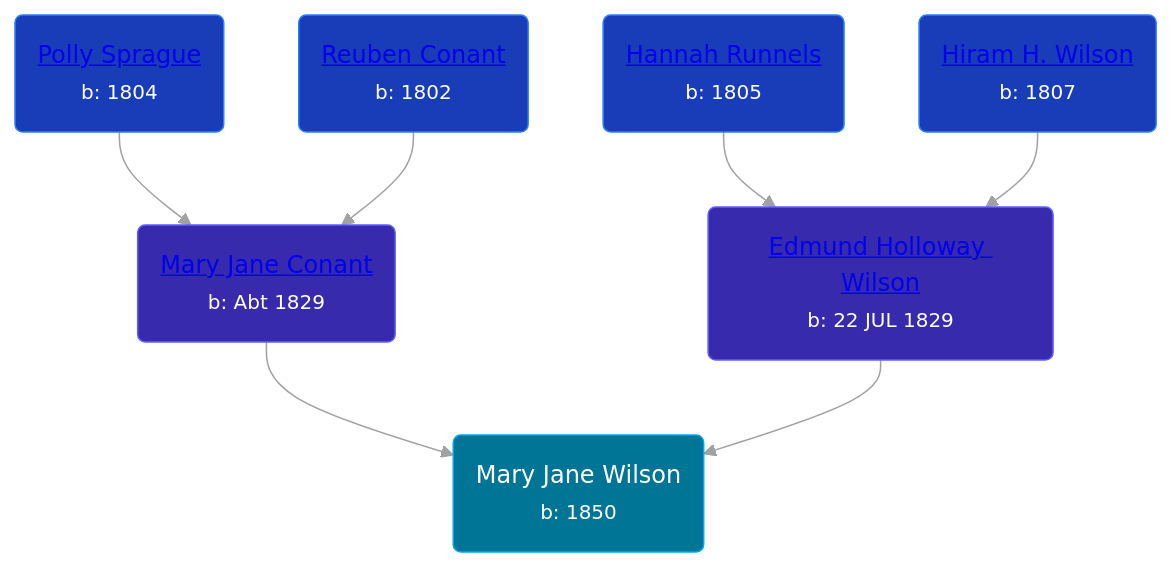
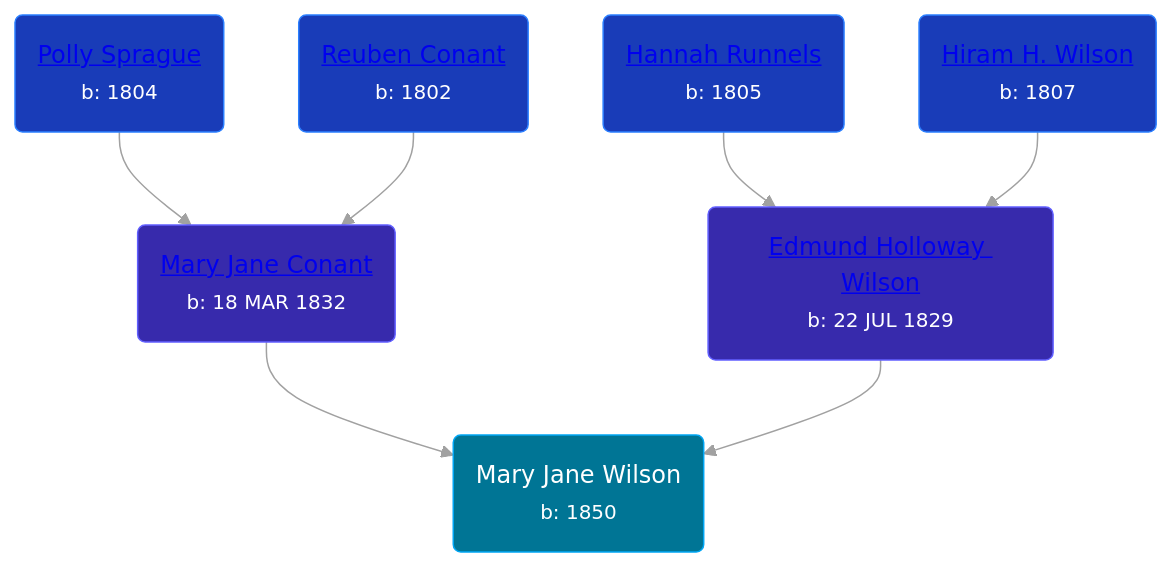
One commit to wpmgotkh/wpmgotkh.github.io changed the diagram in pages/people/6/68306241.md. Above: the diagram before and after it, drawn with Mermaid (forest theme). The commit also changed other lines of this file and 257 other files, not shown here.

````diff
--- a/pages/people/6/68306241.md
+++ b/pages/people/6/68306241.md
@@ -11,14 +11,14 @@
 ```mermaid
 graph
 classDef grands fill:#193cb8,stroke:#2b7fff,stroke-width:1px,color:#fff;
 classDef parents fill:#372aac,stroke:#615fff,stroke-width:1px,color:#fff;
 classDef primary fill:#007595,stroke:#00a6f4,stroke-width:1px,color:#fff;
 68306241(Mary Jane Wilson<br /><small>b: 1850</small>):::primary
-27722232(<a class="text-white" href="/people/2/27722232">Mary Jane Conant</a><br /><small>b: Abt 1829</small>):::parents-->68306241
+27722232(<a class="text-white" href="/people/2/27722232">Mary Jane Conant</a><br /><small>b: 18 MAR 1832</small>):::parents-->68306241
 53927626(<a class="text-white" href="/people/5/53927626">Polly Sprague</a><br /><small>b: 1804</small>):::grands-->27722232
 72221832(<a class="text-white" href="/people/7/72221832">Reuben Conant</a><br /><small>b: 1802</small>):::grands-->27722232
 67777324(<a class="text-white" href="/people/6/67777324">Edmund Holloway Wilson</a><br /><small>b: 22 JUL 1829</small>):::parents-->68306241
 9135776(<a class="text-white" href="/people/9/9135776">Hannah Runnels</a><br /><small>b: 1805</small>):::grands-->67777324
 82044077(<a class="text-white" href="/people/8/82044077">Hiram H. Wilson</a><br /><small>b: 1807</small>):::grands-->67777324
 linkStyle default stroke:#a1a1a1
 ```
````
